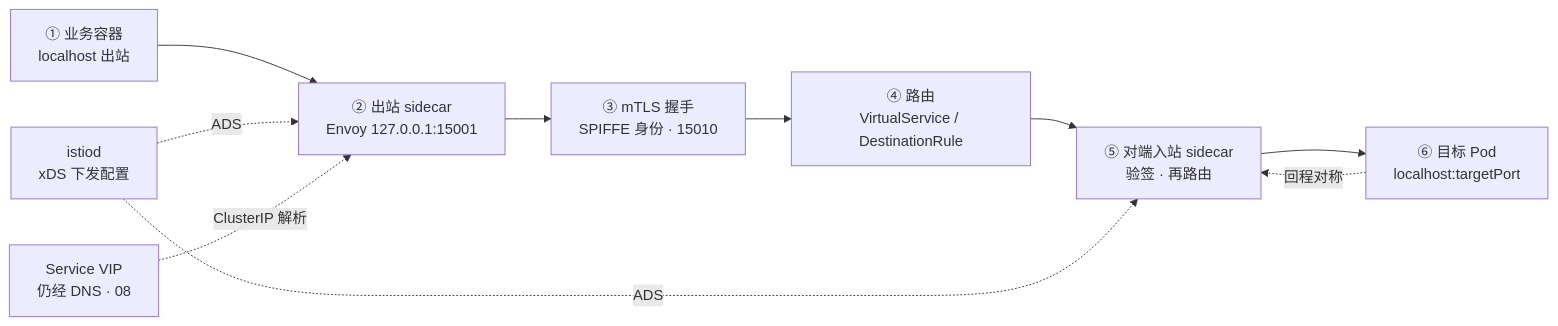
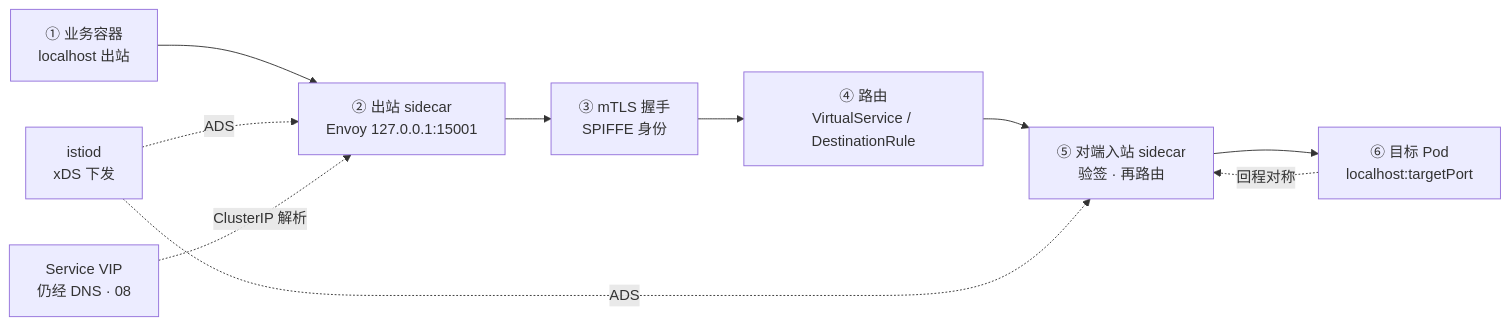
The first of 5 diagrams in 03-Kubernetes/24-ServiceMesh-Istio与Envoy/知识点.md (ml-cuizijun/LearnToLilith), drawn with Mermaid before and after one commit. The commit also changed other lines of this file and 178 other files, not shown here.

````diff
--- a/03-Kubernetes/24-ServiceMesh-Istio与Envoy/知识点.md
+++ b/03-Kubernetes/24-ServiceMesh-Istio与Envoy/知识点.md
@@ -20,12 +15,12 @@
 ```mermaid
 flowchart LR
     A["① 业务容器<br/>localhost 出站"] --> B["② 出站 sidecar<br/>Envoy 127.0.0.1:15001"]
-    B --> C["③ mTLS 握手<br/>SPIFFE 身份 · 15010"]
+    B --> C["③ mTLS 握手<br/>SPIFFE 身份"]
     C --> D["④ 路由<br/>VirtualService / DestinationRule"]
     D --> E["⑤ 对端入站 sidecar<br/>验签 · 再路由"]
     E --> F["⑥ 目标 Pod<br/>localhost:targetPort"]
     F -.->|"回程对称"| E
-    CP["istiod<br/>xDS 下发配置"] -.->|ADS| B
+    CP["istiod<br/>xDS 下发"] -.->|ADS| B
     CP -.->|ADS| E
     SVC["Service VIP<br/>仍经 DNS · 08"] -.->|"ClusterIP 解析"| B
 ```
````
